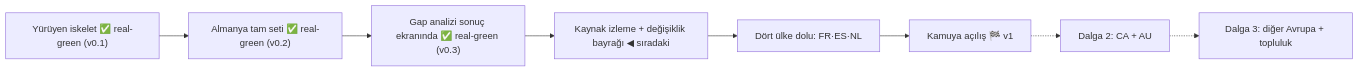
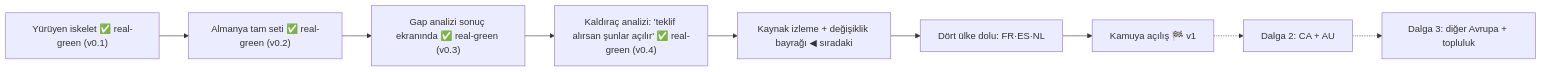
Before and after one commit to OytunOnal/permit-rulebook: the diagram in KANBAN.md, drawn with Mermaid. The commit also changed other lines of this file and 4 other files, not shown here.

Commit message:
Ledgers: v0.4 real-green (unlock analysis), decisions logged

````diff
--- a/KANBAN.md
+++ b/KANBAN.md
@@ -8,10 +8,11 @@
 ```mermaid
 flowchart LR
     A["Yürüyen iskelet ✅ real-green (v0.1)"] --> B["Almanya tam seti ✅ real-green (v0.2)"]
     B --> C["Gap analizi sonuç ekranında ✅ real-green (v0.3)"]
-    C --> D["Kaynak izleme + değişiklik bayrağı ◀ sıradaki"]
+    C --> C2["Kaldıraç analizi: 'teklif alırsan şunlar açılır' ✅ real-green (v0.4)"]
+    C2 --> D["Kaynak izleme + değişiklik bayrağı ◀ sıradaki"]
     D --> E["Dört ülke dolu: FR·ES·NL"]
     E --> F["Kamuya açılış 🏁 v1"]
     F -.-> G["Dalga 2: CA + AU"]
     G -.-> H["Dalga 3: diğer Avrupa + topluluk"]
 ```
````
